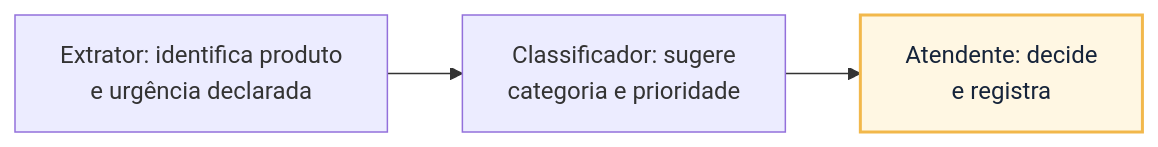
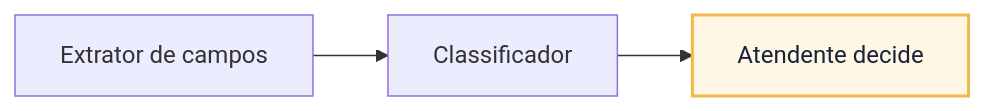
The second of 5 diagrams in docs/modulo-2-desenho-conceitual/conceitos.md (aulas-marco/arquitetura-solucoes-ia-generativa), drawn with Mermaid before and after one commit. The commit also changed other lines of this file, not shown here.

First line of the commit message:
fix(mod2): corrige de fato o corte de rótulos nos diagramas (reverte \n literal)

````diff
--- a/docs/modulo-2-desenho-conceitual/conceitos.md
+++ b/docs/modulo-2-desenho-conceitual/conceitos.md
@@ -80,8 +80,8 @@
 ```mermaid
 flowchart LR
-    EXT["Extrator: identifica produto\ne urgência declarada"] --> CLS["Classificador: sugere\ncategoria e prioridade"]
-    CLS --> ATE["Atendente: decide\ne registra"]
+    EXT[Extrator de campos] --> CLS[Classificador]
+    CLS --> ATE[Atendente decide]
 
     classDef humano fill:#FFF7E3,stroke:#F2B84B,stroke-width:2px,color:#16243A;
     class ATE humano;
 ```
````
